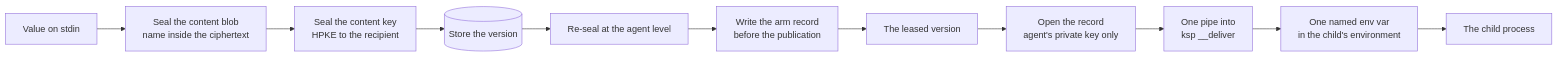
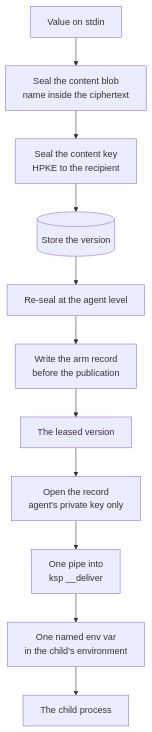
Before and after one commit to bruj0/keyspout: the seventh of 7 diagrams in site/docs/workflows/overview.md, drawn with Mermaid. The commit also changed other lines of this file and 22 other files, not shown here.

First line of the commit message:
feat(site): zoom every diagram, and make the wide ones vertical (#21)

````diff
--- a/site/docs/workflows/overview.md
+++ b/site/docs/workflows/overview.md
@@ -275,13 +271,13 @@
 ```mermaid
-flowchart LR
+flowchart TD
   Input["Value on stdin"] --> Seal["Seal the content blob<br/>name inside the ciphertext"]
   Seal --> Env["Seal the content key<br/>HPKE to the recipient"]
   Env --> Store[("Store the version")]
   Store --> Mint["Re-seal at the agent level"]
   Mint --> Arm["Write the arm record<br/>before the publication"]
   Arm --> Lease["The leased version"]
   Lease --> Open["Open the record<br/>agent's private key only"]
   Open --> Pipe["One pipe into<br/>ksp __deliver"]
   Pipe --> EnvVar["One named env var<br/>in the child's environment"]
   EnvVar --> Child["The child process"]
 ```
````
